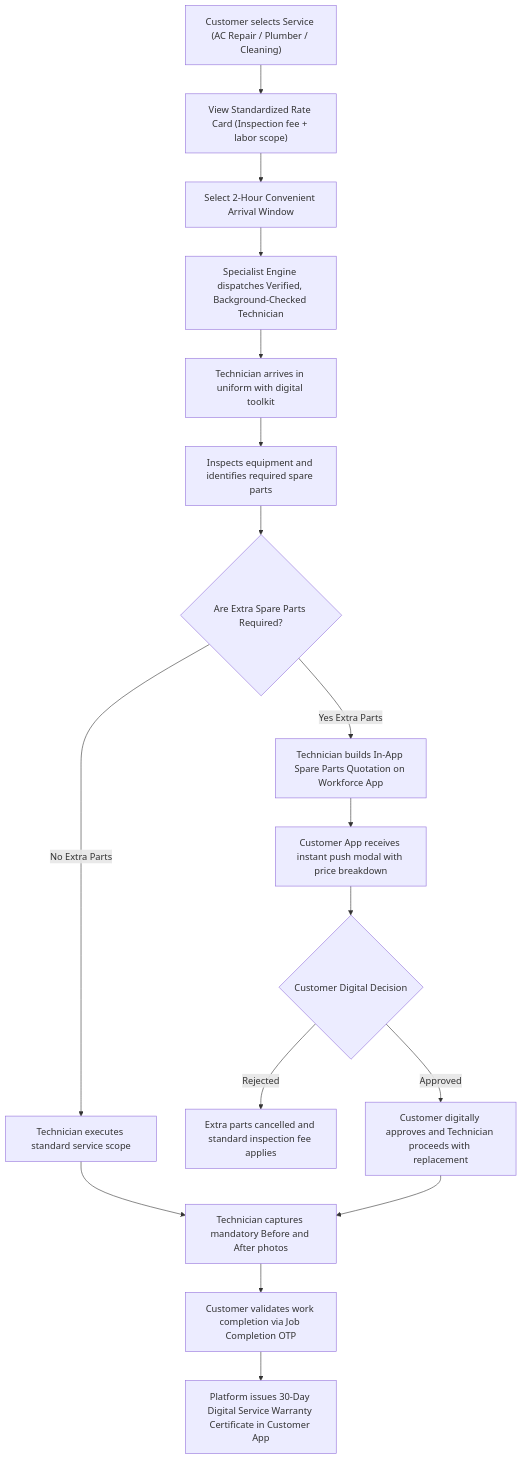
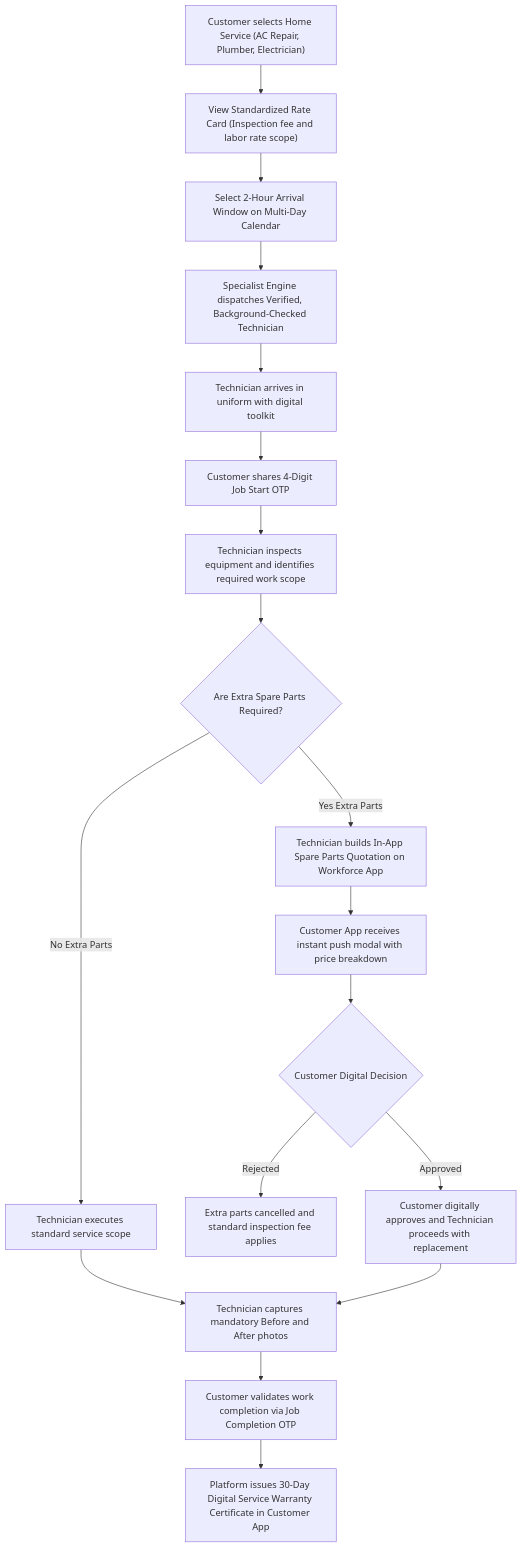
Diagram 12 of 17 in docs/06_visual_hierarchy_and_flows/high_level_visual_hierarchy.md (programmerfiroz/all-in-one), drawn with Mermaid before and after one commit. The commit also changed other lines of this file, not shown here.

Commit message:
docs: finalize exhaustive visual hierarchy blueprint (VHB-IND-V1.1) with 17 verified mermaid diagrams

````diff
--- a/docs/06_visual_hierarchy_and_flows/high_level_visual_hierarchy.md
+++ b/docs/06_visual_hierarchy_and_flows/high_level_visual_hierarchy.md
@@ -257,26 +407,27 @@
 ```mermaid
 flowchart TD
-    SelectService["Customer selects Service (AC Repair / Plumber / Cleaning)"] --> RateCard["View Standardized Rate Card (Inspection fee + labor scope)"]
-    RateCard --> SlotSelect["Select 2-Hour Convenient Arrival Window"]
+    SelectService["Customer selects Home Service (AC Repair, Plumber, Electrician)"] --> RateCard["View Standardized Rate Card (Inspection fee and labor rate scope)"]
+    RateCard --> SlotSelect["Select 2-Hour Arrival Window on Multi-Day Calendar"]
     SlotSelect --> TechAssign["Specialist Engine dispatches Verified, Background-Checked Technician"]
     
     TechAssign --> TechArrival["Technician arrives in uniform with digital toolkit"]
-    TechArrival --> Inspection["Inspects equipment and identifies required spare parts"]
+    TechArrival --> StartJob["Customer shares 4-Digit Job Start OTP"]
+    StartJob --> Inspection["Technician inspects equipment and identifies required work scope"]
     
-    Inspection --> ExtraQuoteCheck{"Are Extra Spare Parts Required?"}
+    Inspection --> ExtraPartsCheck{"Are Extra Spare Parts Required?"}
     
-    ExtraQuoteCheck -->|No Extra Parts| StandardWork["Technician executes standard service scope"]
+    ExtraPartsCheck -->|No Extra Parts| StandardWork["Technician executes standard service scope"]
     
-    ExtraQuoteCheck -->|Yes Extra Parts| DigitalQuote["Technician builds In-App Spare Parts Quotation on Workforce App"]
+    ExtraPartsCheck -->|Yes Extra Parts| DigitalQuote["Technician builds In-App Spare Parts Quotation on Workforce App"]
     DigitalQuote --> PushPrompt["Customer App receives instant push modal with price breakdown"]
     PushPrompt --> CustApproval{"Customer Digital Decision"}
     
     CustApproval -->|Rejected| AbortExtra["Extra parts cancelled and standard inspection fee applies"]
     CustApproval -->|Approved| ResumeWork["Customer digitally approves and Technician proceeds with replacement"]
     
     StandardWork --> PhotoQC["Technician captures mandatory Before and After photos"]
     ResumeWork --> PhotoQC
     
-    PhotoQC --> JobOTP["Customer validates work completion via Job Completion OTP"]
-    JobOTP --> Warranty["Platform issues 30-Day Digital Service Warranty Certificate in Customer App"]
+    PhotoQC --> FinishOTP["Customer validates work completion via Job Completion OTP"]
+    FinishOTP --> Warranty["Platform issues 30-Day Digital Service Warranty Certificate in Customer App"]
 ```
````
